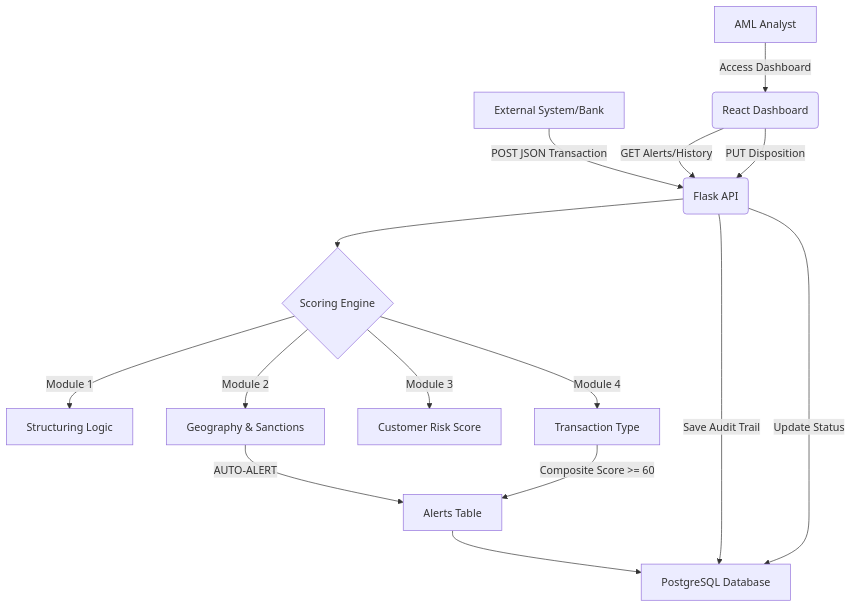
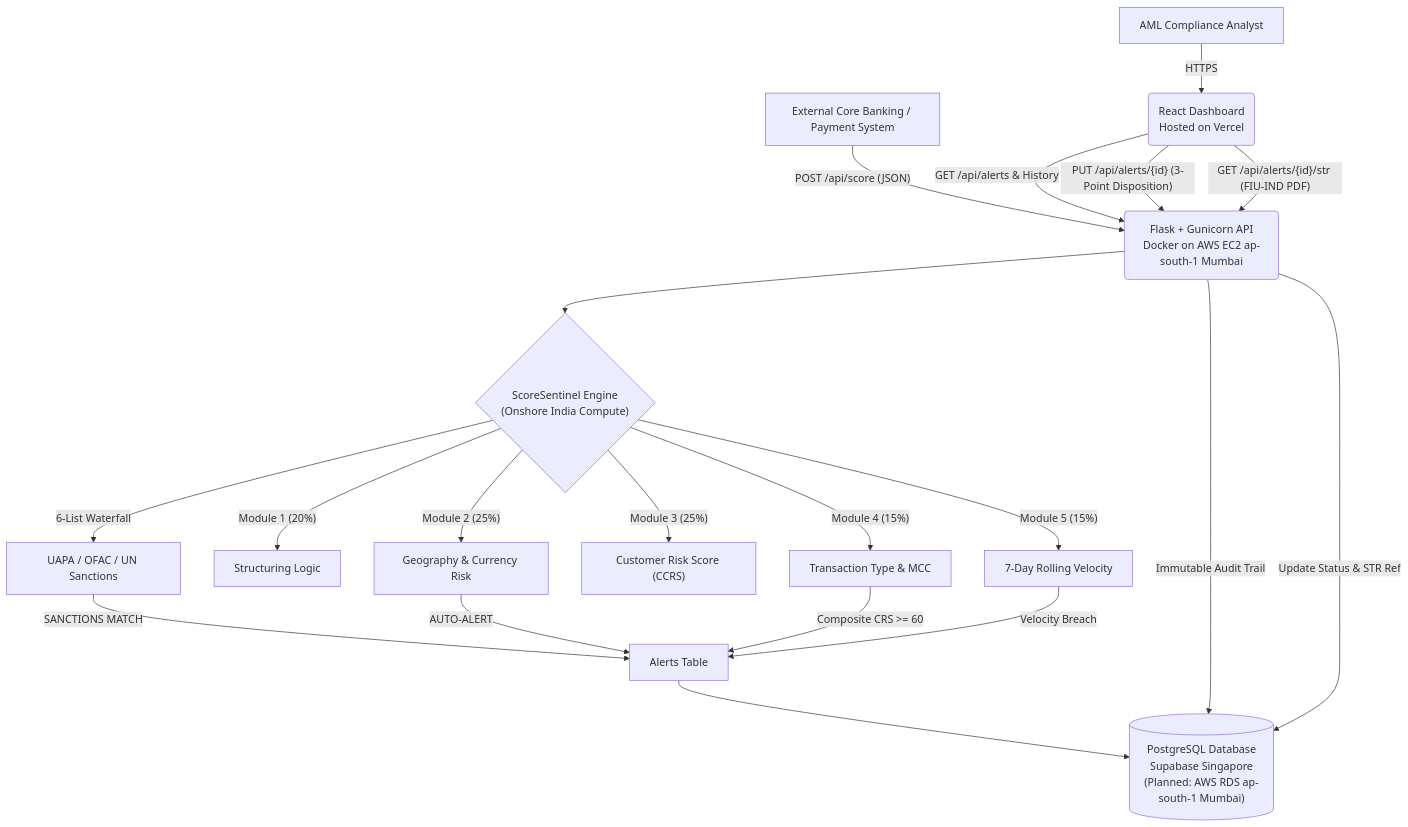
The diagram in docs/TECH_STACK_EXPLAINED.md (atulkrishnan18-wq/transactionmonitoring), drawn with Mermaid before and after one commit. The commit also changed other lines of this file and 7 other files, not shown here.

First line of the commit message:
feat(aws): prepare ScoreSentinel API for AWS EC2 Mumbai (ap-south-1) migration

````diff
--- a/docs/TECH_STACK_EXPLAINED.md
+++ b/docs/TECH_STACK_EXPLAINED.md
@@ -53,20 +57,25 @@
 ```mermaid
 graph TD
-    A[External System/Bank] -->|POST JSON Transaction| B(Flask API)
-    B --> C{Scoring Engine}
-    C -->|Module 1| D[Structuring Logic]
-    C -->|Module 2| E[Geography & Sanctions]
-    C -->|Module 3| F[Customer Risk Score]
-    C -->|Module 4| G[Transaction Type]
-    
-    E -->|AUTO-ALERT| H[Alerts Table]
-    G -->|Composite Score >= 60| H
-    
-    H --> I[PostgreSQL Database]
-    B -->|Save Audit Trail| I
-    
-    J[AML Analyst] -->|Access Dashboard| K(React Dashboard)
-    K -->|GET Alerts/History| B
-    K -->|PUT Disposition| B
-    B -->|Update Status| I
+    A["External Core Banking / Payment System"] -->|"POST /api/score (JSON)"| B("Flask + Gunicorn API<br/>Docker on AWS EC2 ap-south-1 Mumbai")
+    B --> C{"ScoreSentinel Engine<br/>(Onshore India Compute)"}
+    C -->|"6-List Waterfall"| S["UAPA / OFAC / UN Sanctions"]
+    C -->|"Module 1 (20%)"| D["Structuring Logic"]
+    C -->|"Module 2 (25%)"| E["Geography & Currency Risk"]
+    C -->|"Module 3 (25%)"| F["Customer Risk Score (CCRS)"]
+    C -->|"Module 4 (15%)"| G["Transaction Type & MCC"]
+    C -->|"Module 5 (15%)"| V["7-Day Rolling Velocity"]
+
+    S -->|"SANCTIONS MATCH"| H["Alerts Table"]
+    E -->|"AUTO-ALERT"| H
+    G -->|"Composite CRS >= 60"| H
+    V -->|"Velocity Breach"| H
+
+    H --> I[("PostgreSQL Database<br/>Supabase Singapore<br/>(Planned: AWS RDS ap-south-1 Mumbai)")]
+    B -->|"Immutable Audit Trail"| I
+
+    J["AML Compliance Analyst"] -->|"HTTPS"| K("React Dashboard<br/>Hosted on Vercel")
+    K -->|"GET /api/alerts & History"| B
+    K -->|"PUT /api/alerts/{id} (3-Point Disposition)"| B
+    K -->|"GET /api/alerts/{id}/str (FIU-IND PDF)"| B
+    B -->|"Update Status & STR Ref"| I
 ```
````
